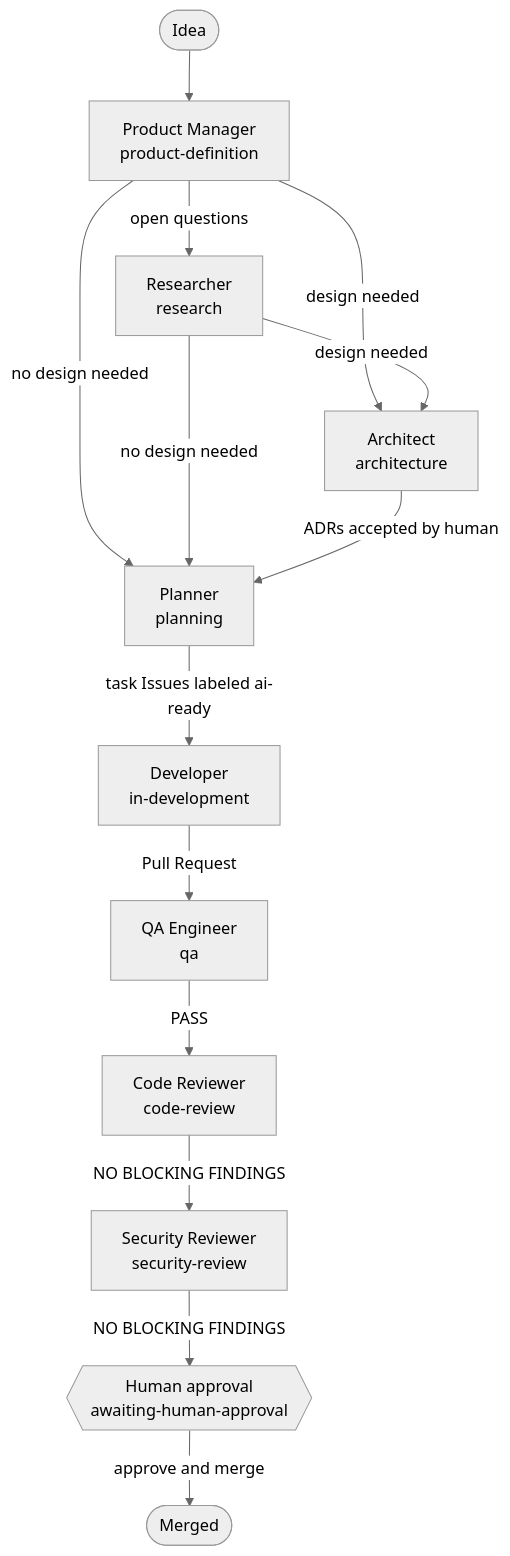
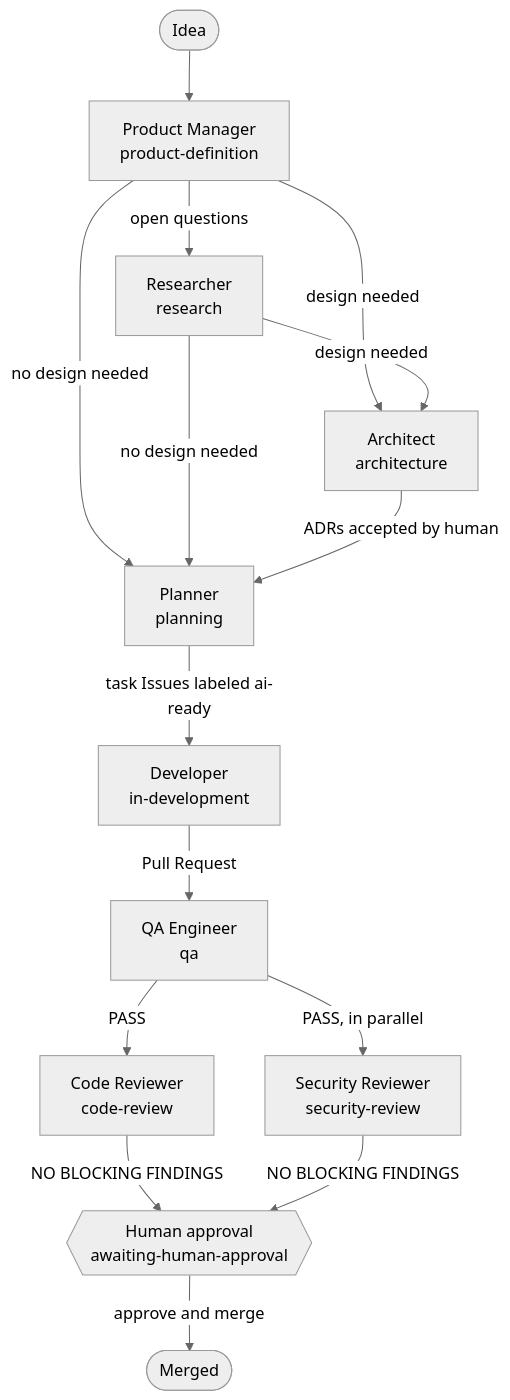
The first of 5 diagrams in docs/workflow.md (eliangilsierra/openhands-agent-team), drawn with Mermaid (neutral theme) before and after one commit. The commit also changed other lines of this file and 11 other files, not shown here.

````diff
--- a/docs/workflow.md
+++ b/docs/workflow.md
@@ -14,16 +14,17 @@
 ```mermaid
 flowchart TD
     idea([Idea]) --> pm[Product Manager<br/>product-definition]
     pm -->|open questions| rs[Researcher<br/>research]
     pm -->|design needed| ar[Architect<br/>architecture]
     pm -->|no design needed| pl[Planner<br/>planning]
     rs -->|design needed| ar
     rs -->|no design needed| pl
     ar -->|ADRs accepted by human| pl
     pl -->|task Issues labeled ai-ready| dev[Developer<br/>in-development]
     dev -->|Pull Request| qa[QA Engineer<br/>qa]
     qa -->|PASS| cr[Code Reviewer<br/>code-review]
-    cr -->|NO BLOCKING FINDINGS| sr[Security Reviewer<br/>security-review]
-    sr -->|NO BLOCKING FINDINGS| ha{{Human approval<br/>awaiting-human-approval}}
+    qa -->|PASS, in parallel| sr[Security Reviewer<br/>security-review]
+    cr -->|NO BLOCKING FINDINGS| ha{{Human approval<br/>awaiting-human-approval}}
+    sr -->|NO BLOCKING FINDINGS| ha
     ha -->|approve and merge| merged([Merged])
 ```
````
